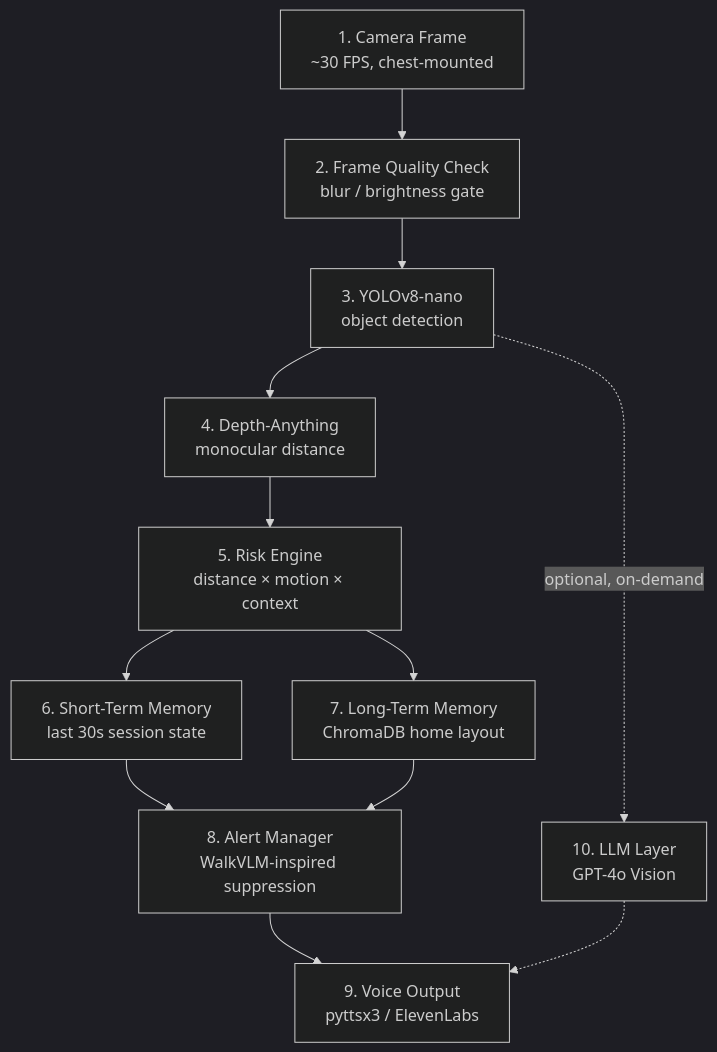
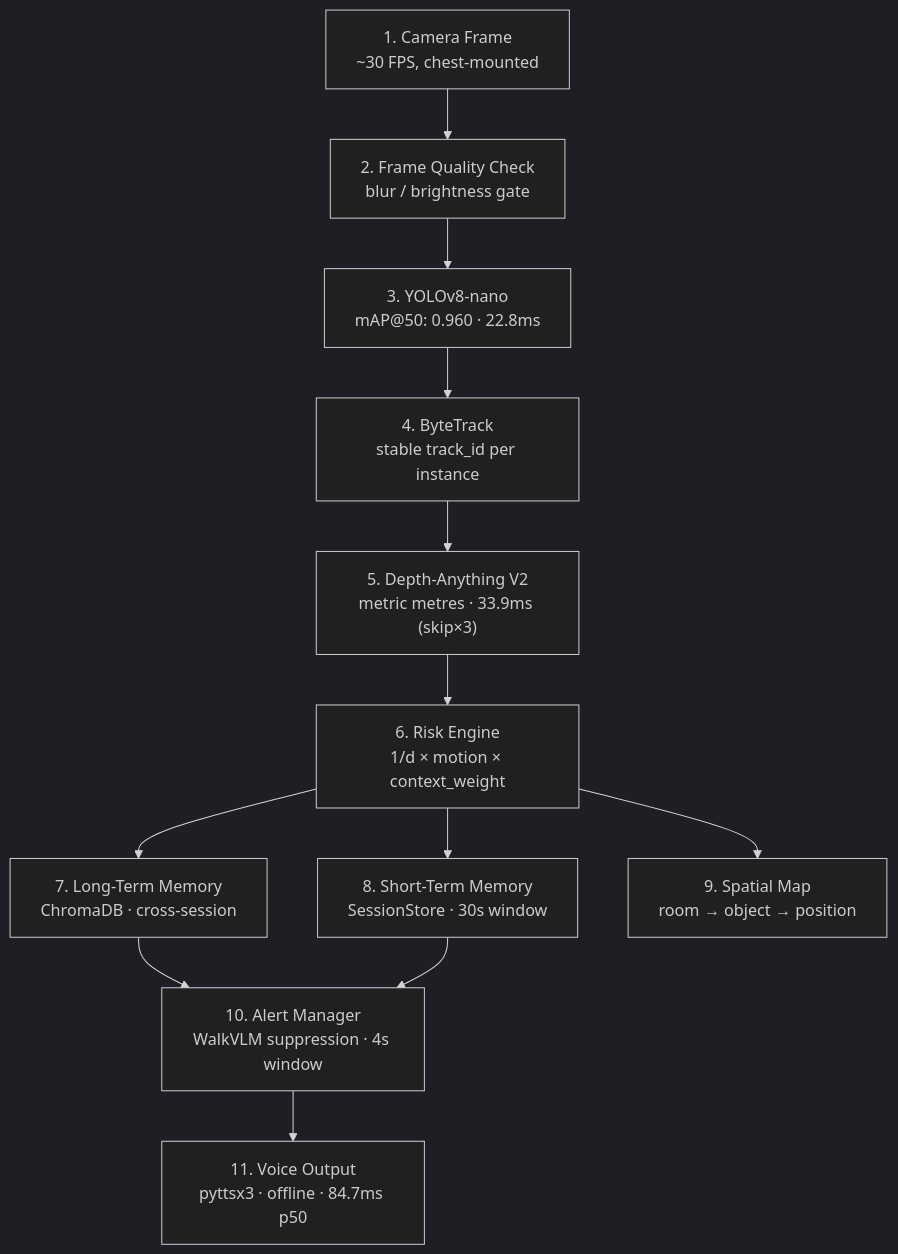
One commit to staritisha/MemoryNav changed the diagram in README.md. Above: the diagram before and after it, drawn with Mermaid (dark theme). The commit also changed other lines of this file and 3 other files, not shown here.

First line of the commit message:
feat: Phase 3.7 + 4.8 + 4.9 — demo scenario, architecture diagram, README

````diff
--- a/README.md
+++ b/README.md
@@ -88,14 +90,14 @@
 ```mermaid
 flowchart TD
     A["1. Camera Frame<br/>~30 FPS, chest-mounted"] --> B["2. Frame Quality Check<br/>blur / brightness gate"]
-    B --> C["3. YOLOv8-nano<br/>object detection"]
-    C --> D["4. Depth-Anything<br/>monocular distance"]
-    D --> E["5. Risk Engine<br/>distance × motion × context"]
-    E --> F["6. Short-Term Memory<br/>last 30s session state"]
-    E --> G["7. Long-Term Memory<br/>ChromaDB home layout"]
-    F --> H["8. Alert Manager<br/>WalkVLM-inspired suppression"]
-    G --> H
-    H --> I["9. Voice Output<br/>pyttsx3 / ElevenLabs"]
-    C -.optional, on-demand.-> J["10. LLM Layer<br/>GPT-4o Vision"]
-    J -.-> I
+    B --> C["3. YOLOv8-nano<br/>mAP@50: 0.960 · 22.8ms"]
+    C --> D["4. ByteTrack<br/>stable track_id per instance"]
+    D --> E["5. Depth-Anything V2<br/>metric metres · 33.9ms (skip×3)"]
+    E --> F["6. Risk Engine<br/>1/d × motion × context_weight"]
+    F --> G["7. Long-Term Memory<br/>ChromaDB · cross-session"]
+    F --> H["8. Short-Term Memory<br/>SessionStore · 30s window"]
+    F --> I["9. Spatial Map<br/>room → object → position"]
+    G --> J["10. Alert Manager<br/>WalkVLM suppression · 4s window"]
+    H --> J
+    J --> K["11. Voice Output<br/>pyttsx3 · offline · 84.7ms p50"]
 ```
````
